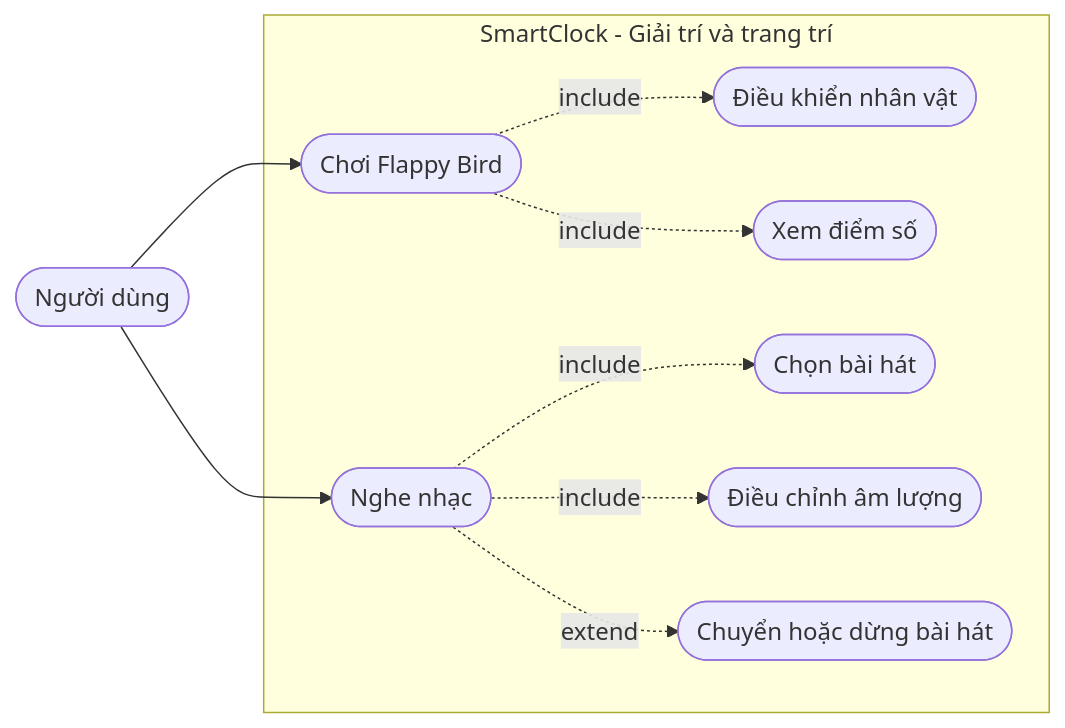
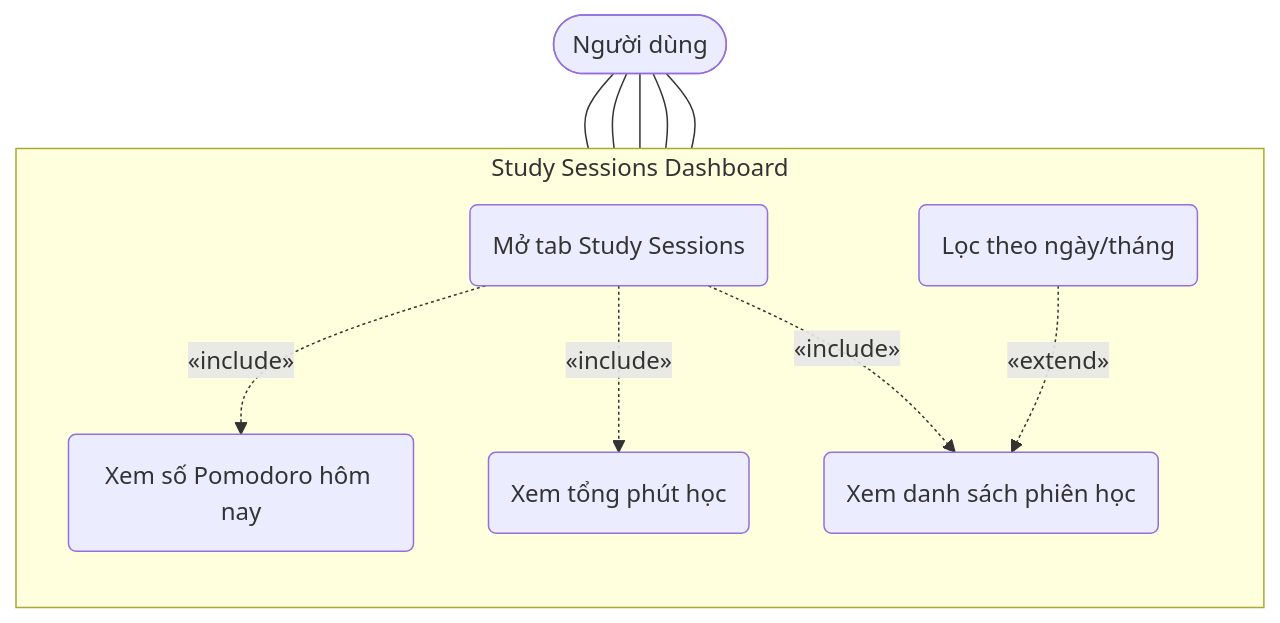
The eighth of 10 diagrams in docs/Spectification/SmartClock/03_Objectives.md (Computer-Vision-HCMUS/AIoT-Server), drawn with Mermaid before and after one commit. The commit also changed other lines of this file and 60 other files, not shown here.

Commit message:
Add new images for SmartClock presentation, remove outdated images, and introduce initial documentation for SomniLearnAI specifications, including objectives, architecture, and Edge AI functionalities.

````diff
--- a/docs/Spectification/SmartClock/03_Objectives.md
+++ b/docs/Spectification/SmartClock/03_Objectives.md
@@ -313,22 +396,24 @@
 ```mermaid
-flowchart LR
-    User([Người dùng])
+flowchart TD
+    User(["Người dùng"])
 
-    subgraph SmartClock["SmartClock - Giải trí và trang trí"]
-        UC1([Chơi Flappy Bird])
-        UC2([Điều khiển nhân vật])
-        UC3([Xem điểm số])
-        UC4([Nghe nhạc])
-        UC5([Chọn bài hát])
-        UC6([Điều chỉnh âm lượng])
-        UC7([Chuyển hoặc dừng bài hát])
+    subgraph StudyDashboard["Study Sessions Dashboard"]
+        direction TB
+        UC1("Mở tab Study Sessions")
+        UC2("Xem số Pomodoro hôm nay")
+        UC3("Xem tổng phút học")
+        UC4("Xem danh sách phiên học")
+        UC5("Lọc theo ngày/tháng")
     end
 
-    User --> UC1
-    User --> UC4
-    UC1 -. include .-> UC2
-    UC1 -. include .-> UC3
-    UC4 -. include .-> UC5
-    UC4 -. include .-> UC6
-    UC4 -. extend .-> UC7
+    User --- UC1
+    User --- UC2
+    User --- UC3
+    User --- UC4
+    User --- UC5
+
+    UC1 -. "«include»" .-> UC2
+    UC1 -. "«include»" .-> UC3
+    UC1 -. "«include»" .-> UC4
+    UC5 -. "«extend»" .-> UC4
 ```
````
